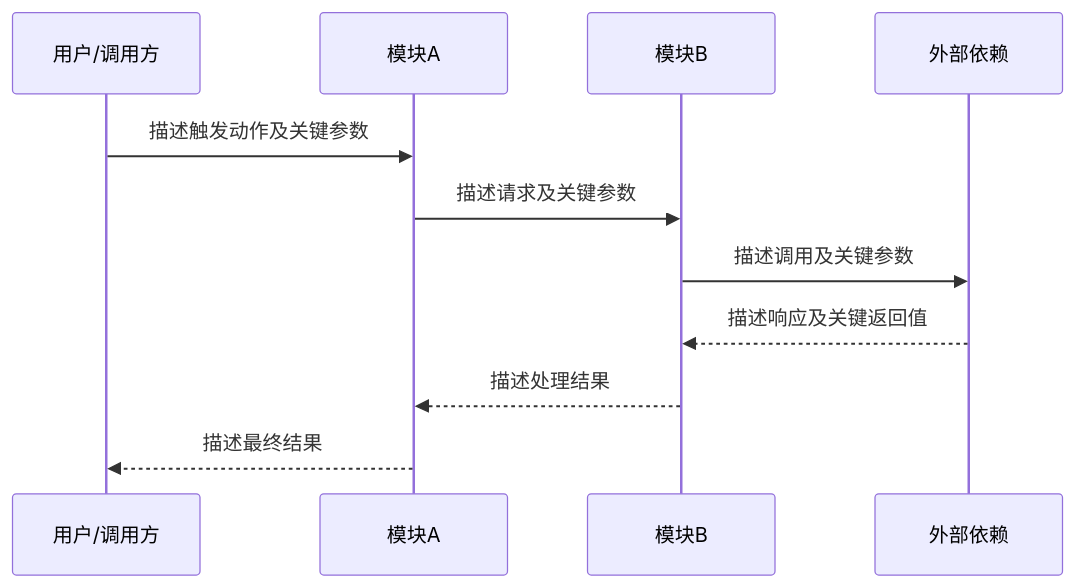
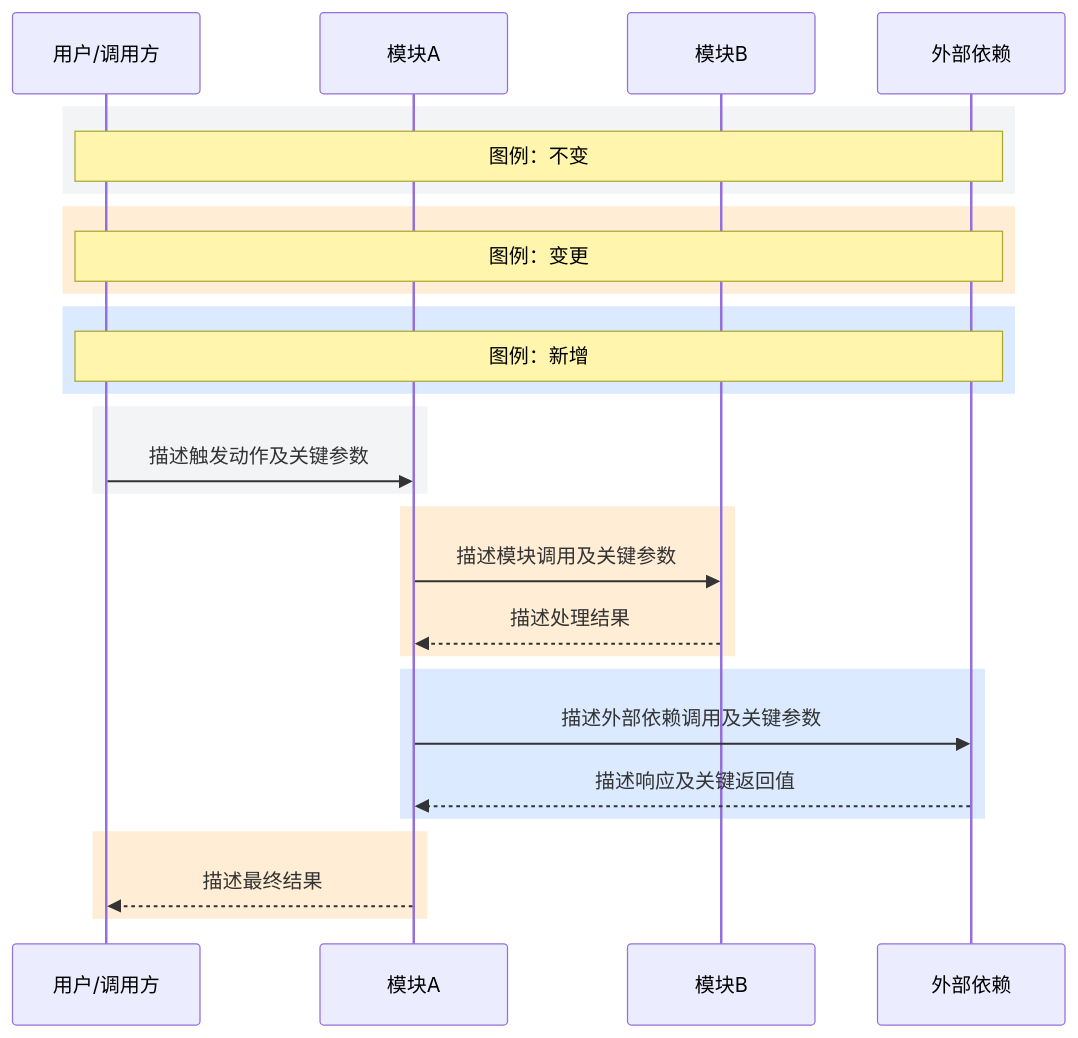
One commit to Ddfang-sdf/Awesome-Agent-Workflow changed the first of 3 diagrams in skills/sr-design/reference/design-template.md. Above: the diagram before and after it, drawn with Mermaid. The commit also changed other lines of this file and 9 other files, not shown here.

Commit message:
Add change-focused Mermaid visuals to SR design

````diff
--- a/skills/sr-design/reference/design-template.md
+++ b/skills/sr-design/reference/design-template.md
@@ -39,13 +41,32 @@
 ```mermaid
 sequenceDiagram
     participant U as 用户/调用方
     participant A as 模块A
     participant B as 模块B
     participant EXT as 外部依赖
-    U->>A: 描述触发动作及关键参数
-    A->>B: 描述请求及关键参数
-    B->>EXT: 描述调用及关键参数
-    EXT-->>B: 描述响应及关键返回值
-    B-->>A: 描述处理结果
-    A-->>U: 描述最终结果
+
+    rect rgb(243, 244, 246)
+        Note over U,EXT: 图例：不变
+    end
+    rect rgb(255, 237, 213)
+        Note over U,EXT: 图例：变更
+    end
+    rect rgb(219, 234, 254)
+        Note over U,EXT: 图例：新增
+    end
+
+    rect rgb(243, 244, 246)
+        U->>A: 描述触发动作及关键参数
+    end
+    rect rgb(255, 237, 213)
+        A->>B: 描述模块调用及关键参数
+        B-->>A: 描述处理结果
+    end
+    rect rgb(219, 234, 254)
+        A->>EXT: 描述外部依赖调用及关键参数
+        EXT-->>A: 描述响应及关键返回值
+    end
+    rect rgb(255, 237, 213)
+        A-->>U: 描述最终结果
+    end
 ```
````
